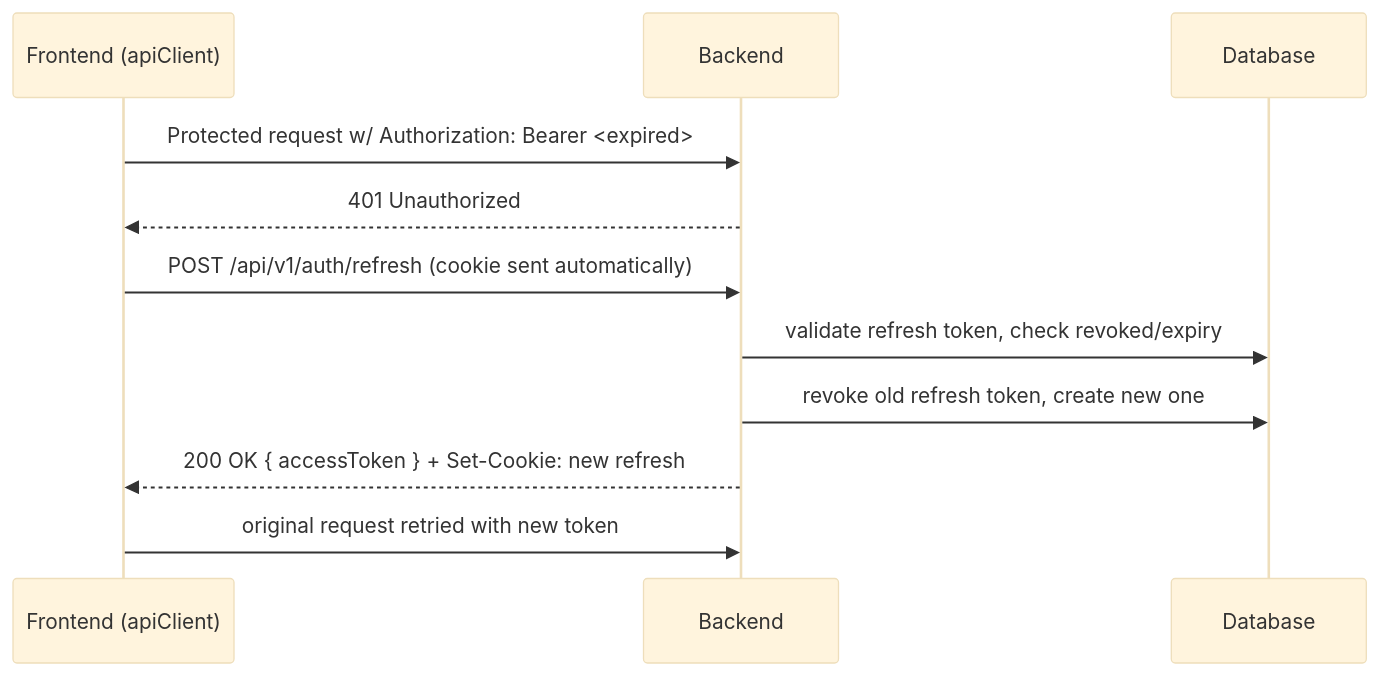
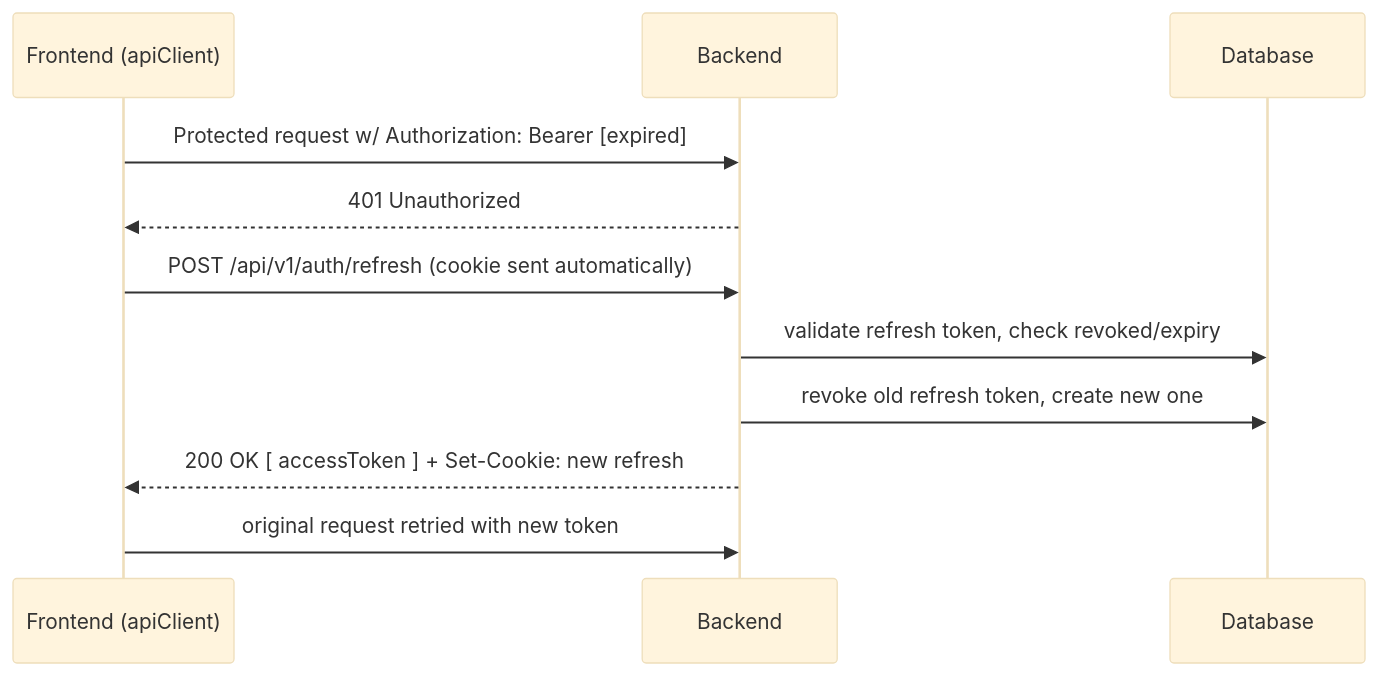
One commit to Rahul-18r/Sprin-Auth-webApp changed the fourth of 6 diagrams in README.md. Above: the diagram before and after it, drawn with Mermaid (base theme). The commit also changed other lines of this file, not shown here.

First line of the commit message:
docs: fix mermaid diagram parsing errors in README

````diff
--- a/README.md
+++ b/README.md
@@ -202,14 +202,14 @@
 ```mermaid
 sequenceDiagram
     participant FE as Frontend (apiClient)
     participant API as Backend
     participant DB as Database
 
-    FE->>API: Protected request w/ Authorization: Bearer <expired>
+    FE->>API: Protected request w/ Authorization: Bearer [expired]
     API-->>FE: 401 Unauthorized
     FE->>API: POST /api/v1/auth/refresh (cookie sent automatically)
     API->>DB: validate refresh token, check revoked/expiry
     API->>DB: revoke old refresh token, create new one
-    API-->>FE: 200 OK { accessToken } + Set-Cookie: new refresh
+    API-->>FE: 200 OK [ accessToken ] + Set-Cookie: new refresh
     FE->>API: original request retried with new token
 ```
````
